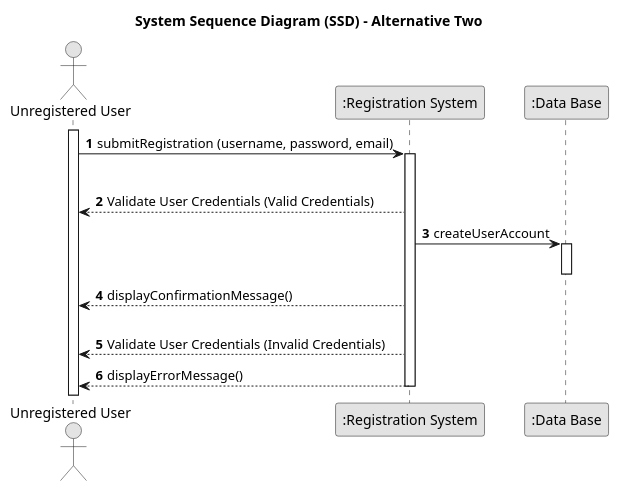
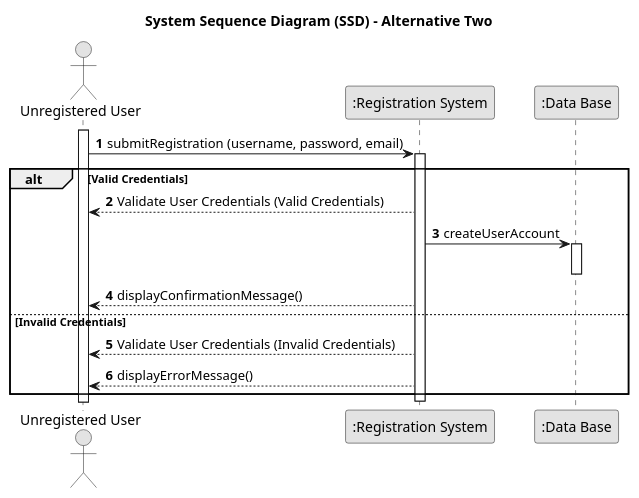
One commit to TiagoMagalhaes1232507/Testando-projeto changed the diagram in docs/sprint01/us001/01.requirements-engineering/puml/us001-system-sequence-diagram-alternative-two.puml. Above: the diagram before and after it, drawn with PlantUML. The commit also changed 14 other files, not shown here.

```diff
--- a/docs/sprint01/us001/01.requirements-engineering/puml/us001-system-sequence-diagram-alternative-two.puml
+++ b/docs/sprint01/us001/01.requirements-engineering/puml/us001-system-sequence-diagram-alternative-two.puml
@@ -1,37 +1,37 @@
 @startuml
 skinparam monochrome true
 skinparam packageStyle rectangle
 skinparam shadowing false
 
 title System Sequence Diagram (SSD) - Alternative Two
 
 autonumber
 
 actor "Unregistered User" as User
 participant ":Registration System" as System
 participant ":Data Base" as Database
 
 activate User
 
     User -> System : submitRegistration (username, password, email)
     activate System
 
     alt Valid Credentials
 
         System --> User : Validate User Credentials (Valid Credentials)
     
         System -> Database: createUserAccount 
     activate Database
     deactivate Database
 
         System --> User: displayConfirmationMessage()
     
     else Invalid Credentials
 
         System --> User: Validate User Credentials (Invalid Credentials) 
 
         System --> User: displayErrorMessage()
-  
-
+    End alt
+    
     deactivate System
 @enduml
```
